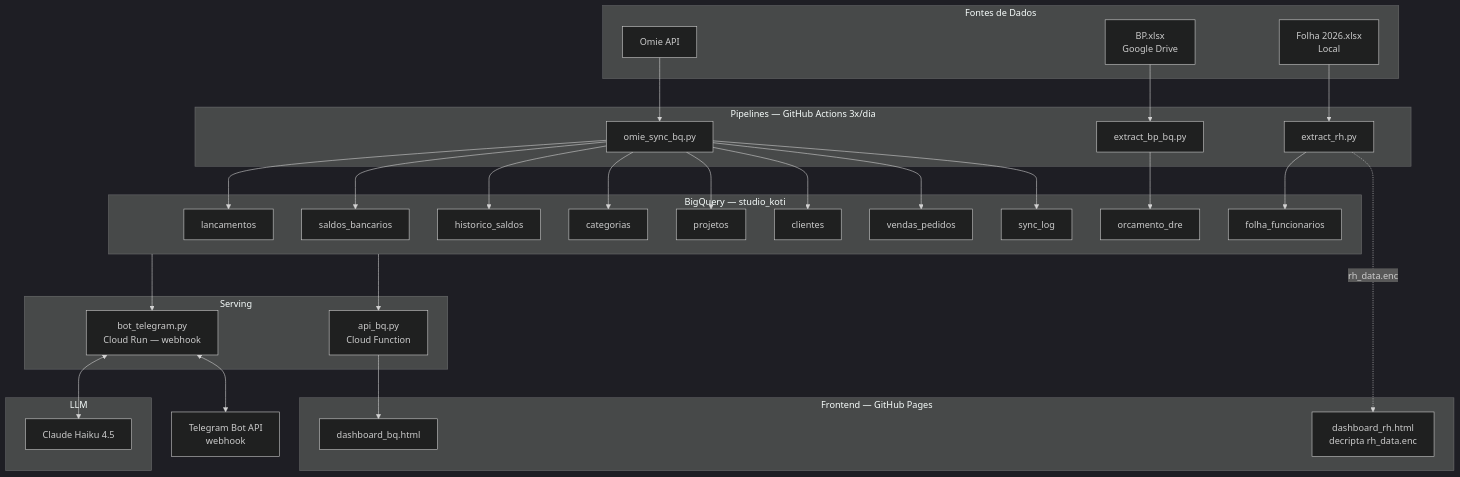
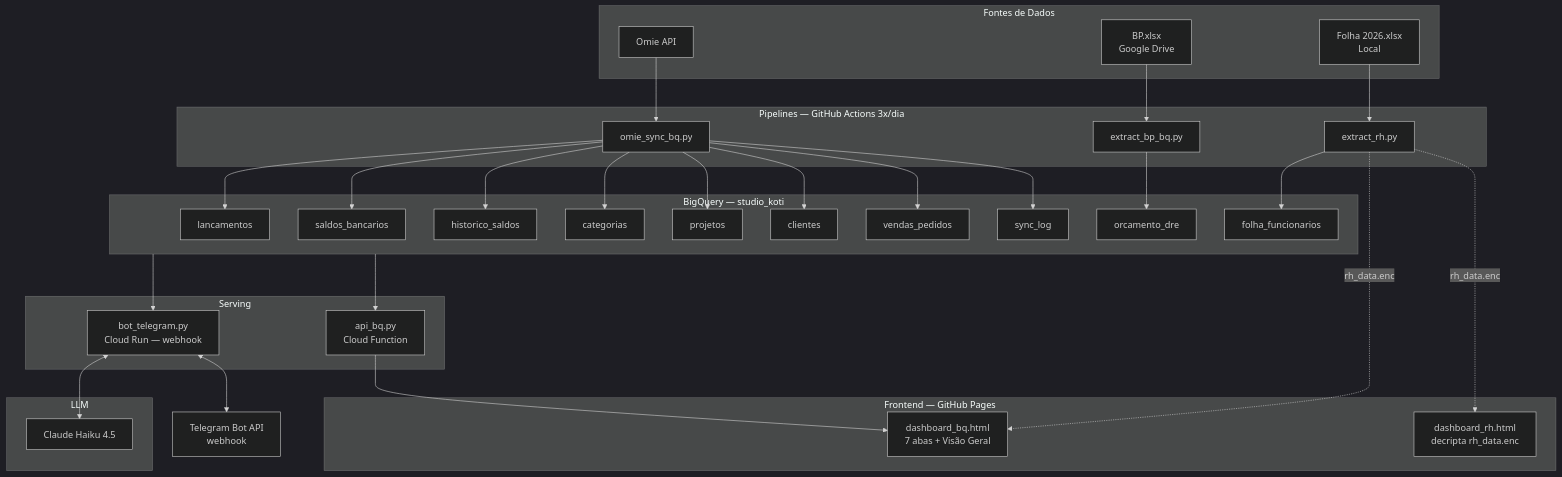
The diagram in ARCHITECTURE.md (akliot/dashboard-koti), drawn with Mermaid (dark theme) before and after one commit. The commit also changed other lines of this file and 2 other files, not shown here.

````diff
--- a/ARCHITECTURE.md
+++ b/ARCHITECTURE.md
@@ -5,60 +5,61 @@
 ```mermaid
 flowchart TB
     subgraph Fontes["Fontes de Dados"]
         OMIE[Omie API]
         BP[BP.xlsx<br/>Google Drive]
         FOLHA[Folha 2026.xlsx<br/>Local]
     end
 
     subgraph Pipelines["Pipelines — GitHub Actions 3x/dia"]
         SYNC[omie_sync_bq.py]
         EBP[extract_bp_bq.py]
         ERH[extract_rh.py]
     end
 
     subgraph BQ["BigQuery — studio_koti"]
         LANC[lancamentos]
         SALDOS[saldos_bancarios]
         HIST[historico_saldos]
         CAT[categorias]
         PROJ[projetos]
         CLI[clientes]
         VENDAS[vendas_pedidos]
         SLOG[sync_log]
         ORC[orcamento_dre]
         FOLHA_BQ[folha_funcionarios]
     end
 
     subgraph Serving["Serving"]
         API[api_bq.py<br/>Cloud Function]
         BOT[bot_telegram.py<br/>Cloud Run — webhook]
     end
 
     subgraph Frontend["Frontend — GitHub Pages"]
-        DASH[dashboard_bq.html]
+        DASH[dashboard_bq.html<br/>7 abas + Visão Geral]
         RH[dashboard_rh.html<br/>decripta rh_data.enc]
     end
 
     subgraph AI["LLM"]
         HAIKU[Claude Haiku 4.5]
     end
 
     TELEGRAM[Telegram Bot API<br/>webhook]
 
     OMIE --> SYNC
     BP --> EBP
     FOLHA --> ERH
 
     SYNC --> LANC & SALDOS & HIST & CAT & PROJ & CLI & VENDAS & SLOG
     EBP --> ORC
     ERH --> FOLHA_BQ
 
     BQ --> API
     BQ --> BOT
 
     API --> DASH
     ERH -.->|rh_data.enc| RH
+    ERH -.->|rh_data.enc| DASH
 
     BOT <--> HAIKU
     BOT <--> TELEGRAM
 ```
````
